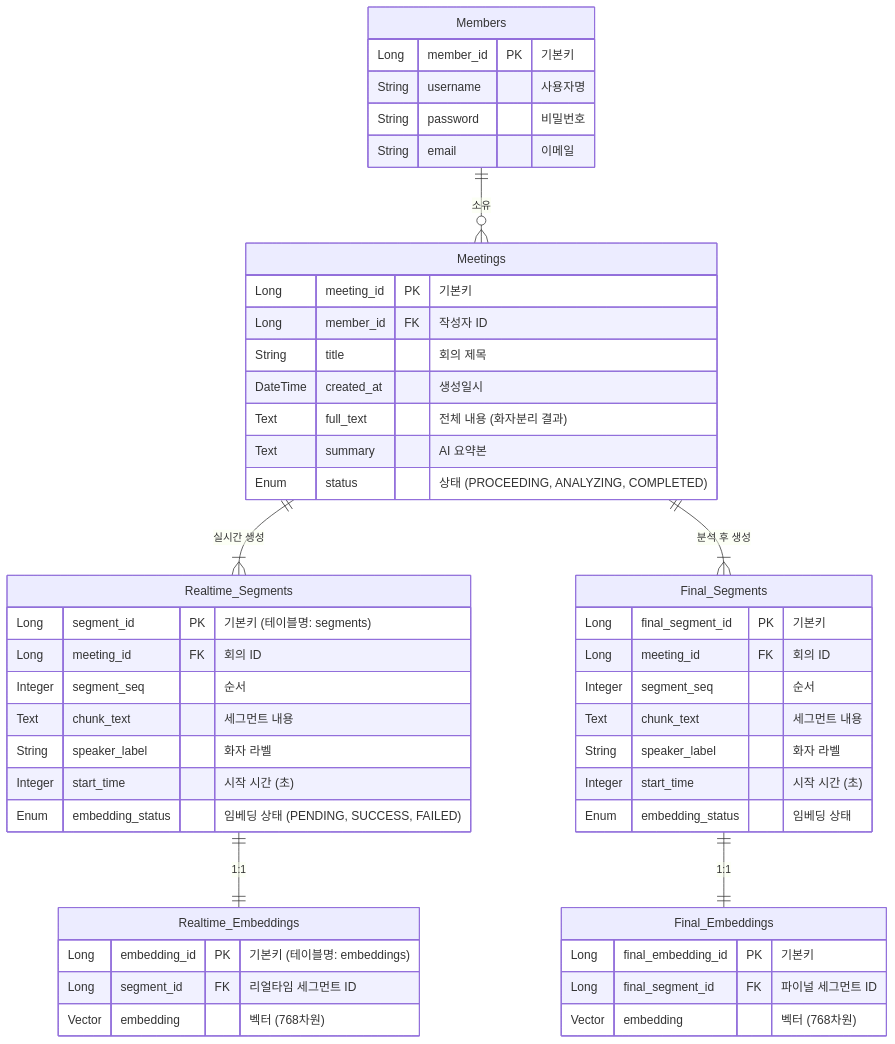
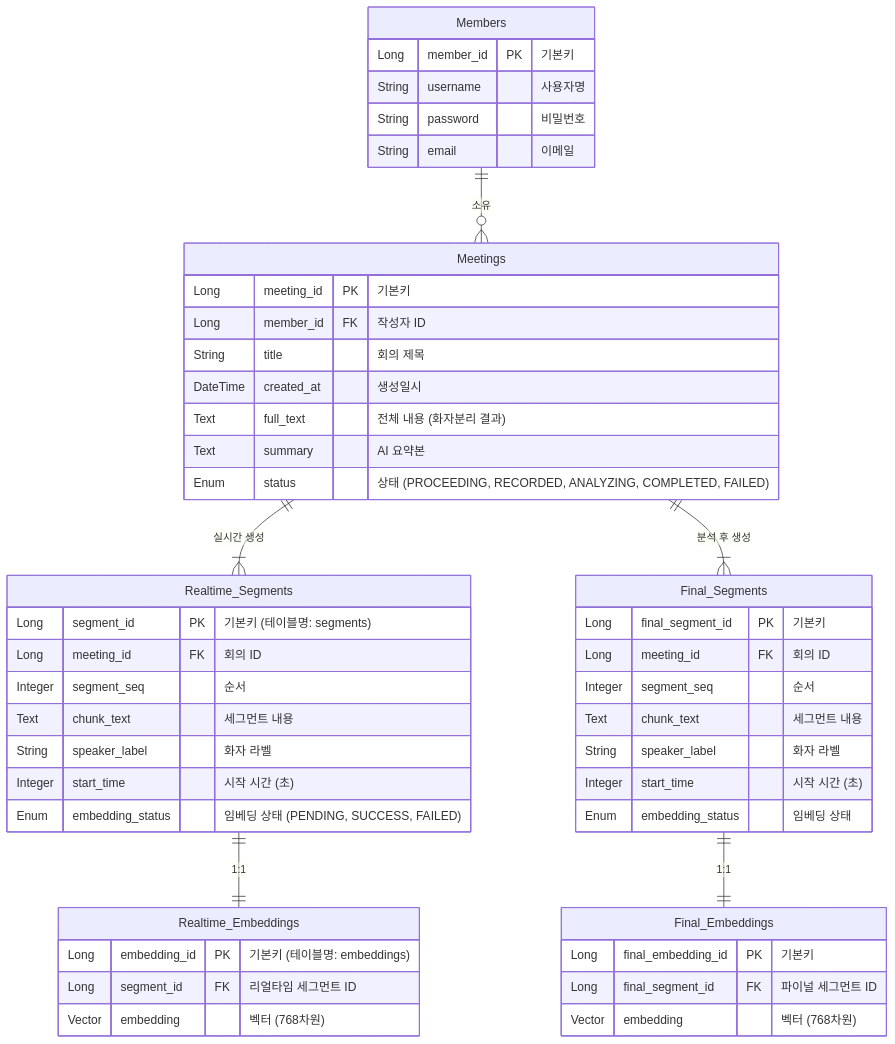
One commit to leejunhyuk1061204/AI-5-mini-project changed the third of 3 diagrams in task/architecture.md. Above: the diagram before and after it, drawn with Mermaid. The commit also changed other lines of this file and 42 other files, not shown here.

````diff
--- a/task/architecture.md
+++ b/task/architecture.md
@@ -131,58 +198,58 @@
 ```mermaid
 erDiagram
     Members {
         Long member_id PK "기본키"
         String username "사용자명"
         String password "비밀번호"
         String email "이메일"
     }
 
     Meetings {
         Long meeting_id PK "기본키"
         Long member_id FK "작성자 ID"
         String title "회의 제목"
         DateTime created_at "생성일시"
         Text full_text "전체 내용 (화자분리 결과)"
         Text summary "AI 요약본"
-        Enum status "상태 (PROCEEDING, ANALYZING, COMPLETED)"
+        Enum status "상태 (PROCEEDING, RECORDED, ANALYZING, COMPLETED, FAILED)"
     }
 
     Realtime_Segments {
         Long segment_id PK "기본키 (테이블명: segments)"
         Long meeting_id FK "회의 ID"
         Integer segment_seq "순서"
         Text chunk_text "세그먼트 내용"
         String speaker_label "화자 라벨"
         Integer start_time "시작 시간 (초)"
         Enum embedding_status "임베딩 상태 (PENDING, SUCCESS, FAILED)"
     }
 
     Realtime_Embeddings {
         Long embedding_id PK "기본키 (테이블명: embeddings)"
         Long segment_id FK "리얼타임 세그먼트 ID"
         Vector embedding "벡터 (768차원)"
     }
 
     Final_Segments {
         Long final_segment_id PK "기본키"
         Long meeting_id FK "회의 ID"
         Integer segment_seq "순서"
         Text chunk_text "세그먼트 내용"
         String speaker_label "화자 라벨"
         Integer start_time "시작 시간 (초)"
         Enum embedding_status "임베딩 상태"
     }
 
     Final_Embeddings {
         Long final_embedding_id PK "기본키"
         Long final_segment_id FK "파이널 세그먼트 ID"
         Vector embedding "벡터 (768차원)"
     }
 
     Members ||--o{ Meetings : "소유"
     Meetings ||--|{ Realtime_Segments : "실시간 생성"
     Realtime_Segments ||--|| Realtime_Embeddings : "1:1"
     
     Meetings ||--|{ Final_Segments : "분석 후 생성"
     Final_Segments ||--|| Final_Embeddings : "1:1"
 ```
````
